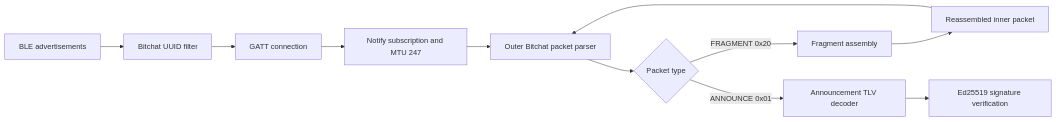
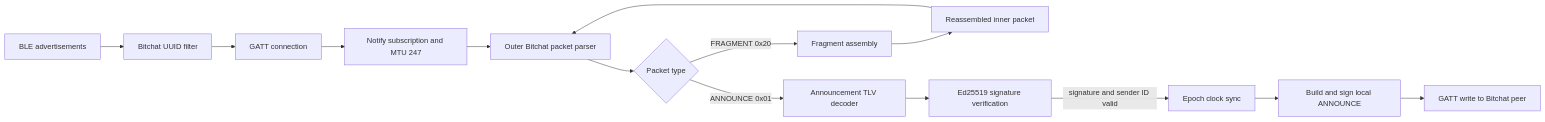
One commit to sameharukon/bitchat-xiao-nrf52840 changed the diagram in docs/BITCHAT_PROTOCOL_STATUS.md. Above: the diagram before and after it, drawn with Mermaid. The commit also changed other lines of this file and 1 other file, not shown here.

````diff
--- a/docs/BITCHAT_PROTOCOL_STATUS.md
+++ b/docs/BITCHAT_PROTOCOL_STATUS.md
@@ -20,13 +22,16 @@
 ```mermaid
 flowchart LR
     A[BLE advertisements] --> B[Bitchat UUID filter]
     B --> C[GATT connection]
     C --> D[Notify subscription and MTU 247]
     D --> E[Outer Bitchat packet parser]
     E --> F{Packet type}
     F -->|FRAGMENT 0x20| G[Fragment assembly]
     G --> H[Reassembled inner packet]
     H --> E
     F -->|ANNOUNCE 0x01| I[Announcement TLV decoder]
     I --> J[Ed25519 signature verification]
+    J -->|signature and sender ID valid| K[Epoch clock sync]
+    K --> L[Build and sign local ANNOUNCE]
+    L --> M[GATT write to Bitchat peer]
 ```
````
